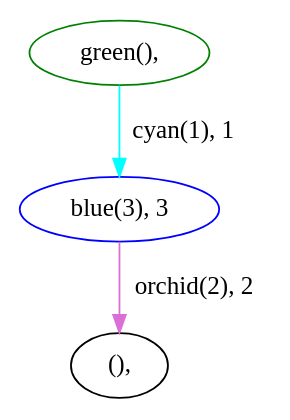
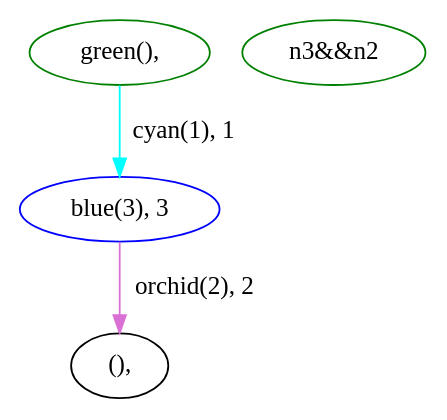
The diagram in program/test_format_string.dot (slarrozejar/benchmarks), drawn with Graphviz before and after one commit. The commit also changed 15 other files, not shown here.

```diff
--- a/program/test_format_string.dot
+++ b/program/test_format_string.dot
@@ -1,7 +1,8 @@
 digraph foo {
     n1 [color=blue, b=3, label="blue(3), 3", a=4];
     n2 [label="(), "];
     n3 [color=green, label="green(), ", a=3];
+    n4 [color=green, label="n3&&n2", a=toto];
     n1 -> n2 [color=orchid, b=2, label="orchid(2), 2", a=5];
     n3 -> n1 [color=cyan, label="cyan(1), 1", b=1];
 }
```
